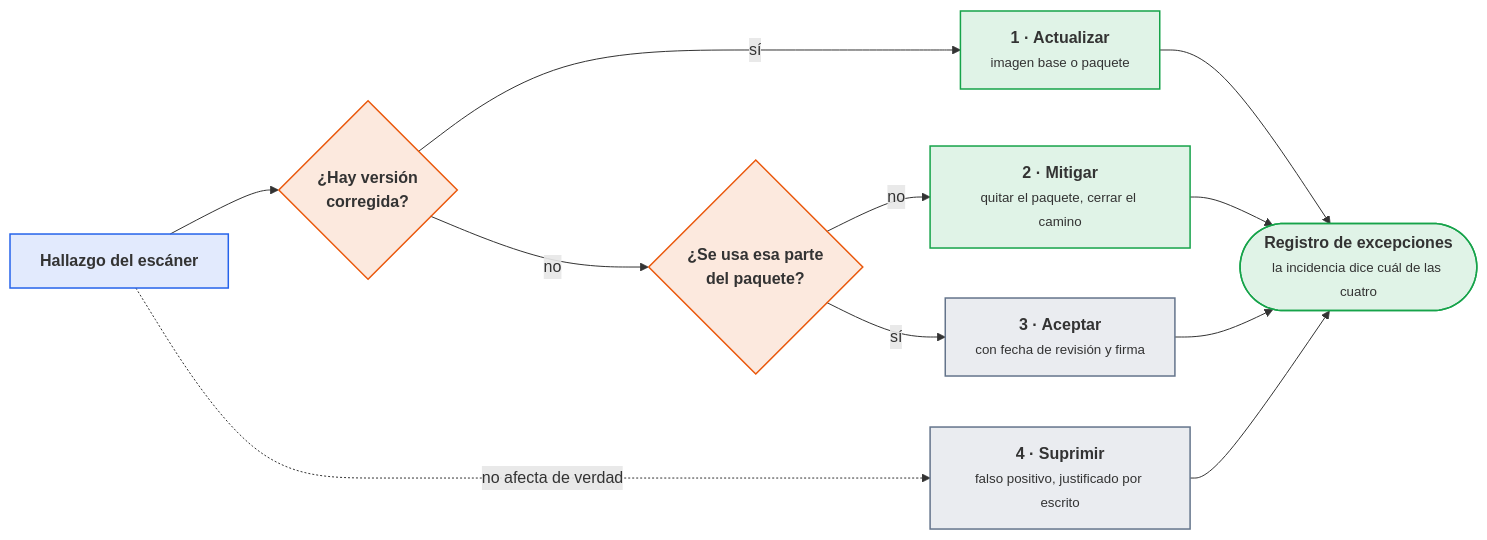
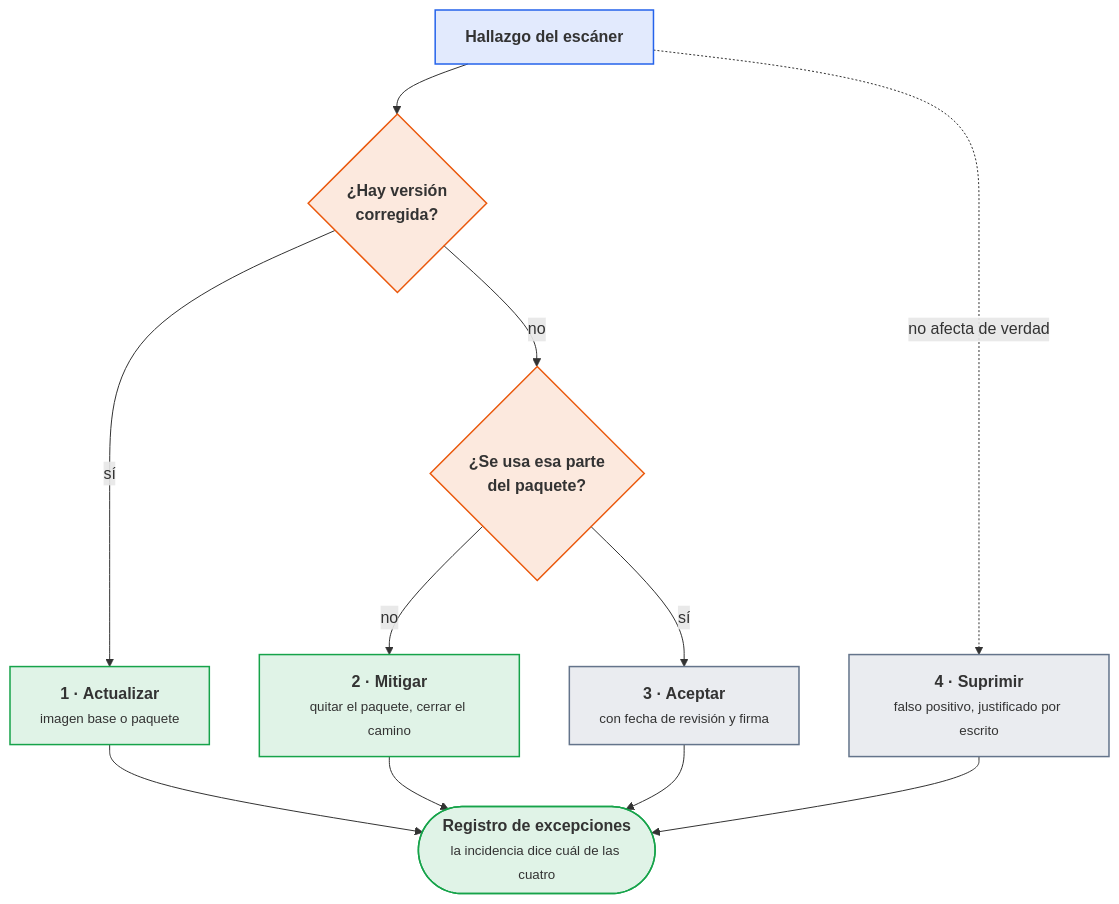
One commit to victor-educ/apuntes-5169 changed the third of 4 diagrams in docs/ut/ut7-actualizacion-vulnerabilidades.md. Above: the diagram before and after it, drawn with Mermaid. The commit also changed other lines of this file and 16 other files, not shown here.

````diff
--- a/docs/ut/ut7-actualizacion-vulnerabilidades.md
+++ b/docs/ut/ut7-actualizacion-vulnerabilidades.md
@@ -612,24 +592,24 @@
 ```mermaid
-flowchart LR
+flowchart TB
     H["<b>Hallazgo del escáner</b>"]:::dato
     Q{"<b>¿Hay versión<br>corregida?</b>"}:::act
     A["<b>1 · Actualizar</b><br><small>imagen base o paquete</small>"]:::ok
     Q2{"<b>¿Se usa esa parte<br>del paquete?</b>"}:::act
     M["<b>2 · Mitigar</b><br><small>quitar el paquete, cerrar el camino</small>"]:::ok
     AC["<b>3 · Aceptar</b><br><small>con fecha de revisión y firma</small>"]:::pieza
     SUP["<b>4 · Suprimir</b><br><small>falso positivo, justificado por escrito</small>"]:::pieza
     REG(["<b>Registro de excepciones</b><br><small>la incidencia dice cuál de las cuatro</small>"]):::ok
     H --> Q
     Q -- sí --> A
     Q -- no --> Q2
     Q2 -- no --> M
     Q2 -- sí --> AC
     H -. "no afecta de verdad" .-> SUP
     A & M & AC & SUP --> REG
     classDef act fill:#ea580c22,stroke:#ea580c,stroke-width:1.5px
     classDef pieza fill:#64748b22,stroke:#64748b,stroke-width:1.5px
     classDef dato fill:#2563eb22,stroke:#2563eb,stroke-width:1.5px
     classDef infra fill:#a1a1aa14,stroke:#a1a1aa,stroke-width:1.5px
     classDef ok fill:#16a34a22,stroke:#16a34a,stroke-width:1.5px
     classDef riesgo fill:#dc262622,stroke:#dc2626,stroke-width:1.5px
 ```
````
